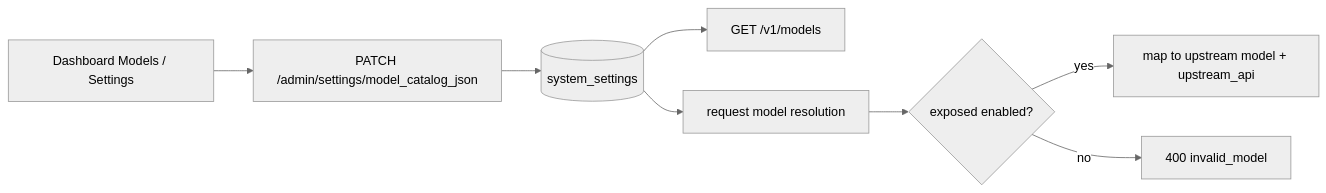
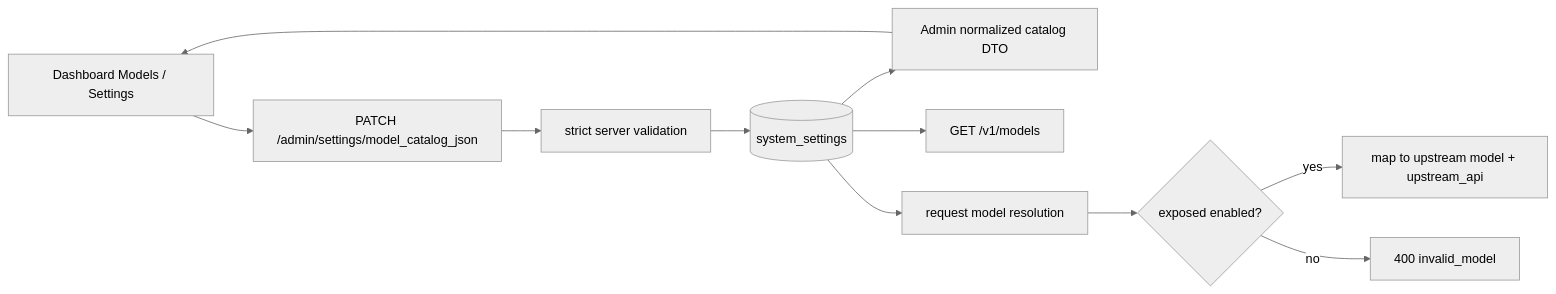
One commit to pczhao1210/ghcp-pool-proxy changed the seventh of 10 diagrams in docs/operations.en.md. Above: the diagram before and after it, drawn with Mermaid (neutral theme). The commit also changed other lines of this file and 74 other files, not shown here.

````diff
--- a/docs/operations.en.md
+++ b/docs/operations.en.md
@@ -469,10 +541,13 @@
 ```mermaid
 flowchart LR
   A["Dashboard Models / Settings"] --> B["PATCH /admin/settings/model_catalog_json"]
-  B --> C[(system_settings)]
+  B --> V["strict server validation"]
+  V --> C[(system_settings)]
+  C --> I["Admin normalized catalog DTO"]
+  I --> A
   C --> D["GET /v1/models"]
   C --> E["request model resolution"]
   E --> F{"exposed enabled?"}
   F -->|"yes"| G["map to upstream model + upstream_api"]
   F -->|"no"| H["400 invalid_model"]
 ```
````
